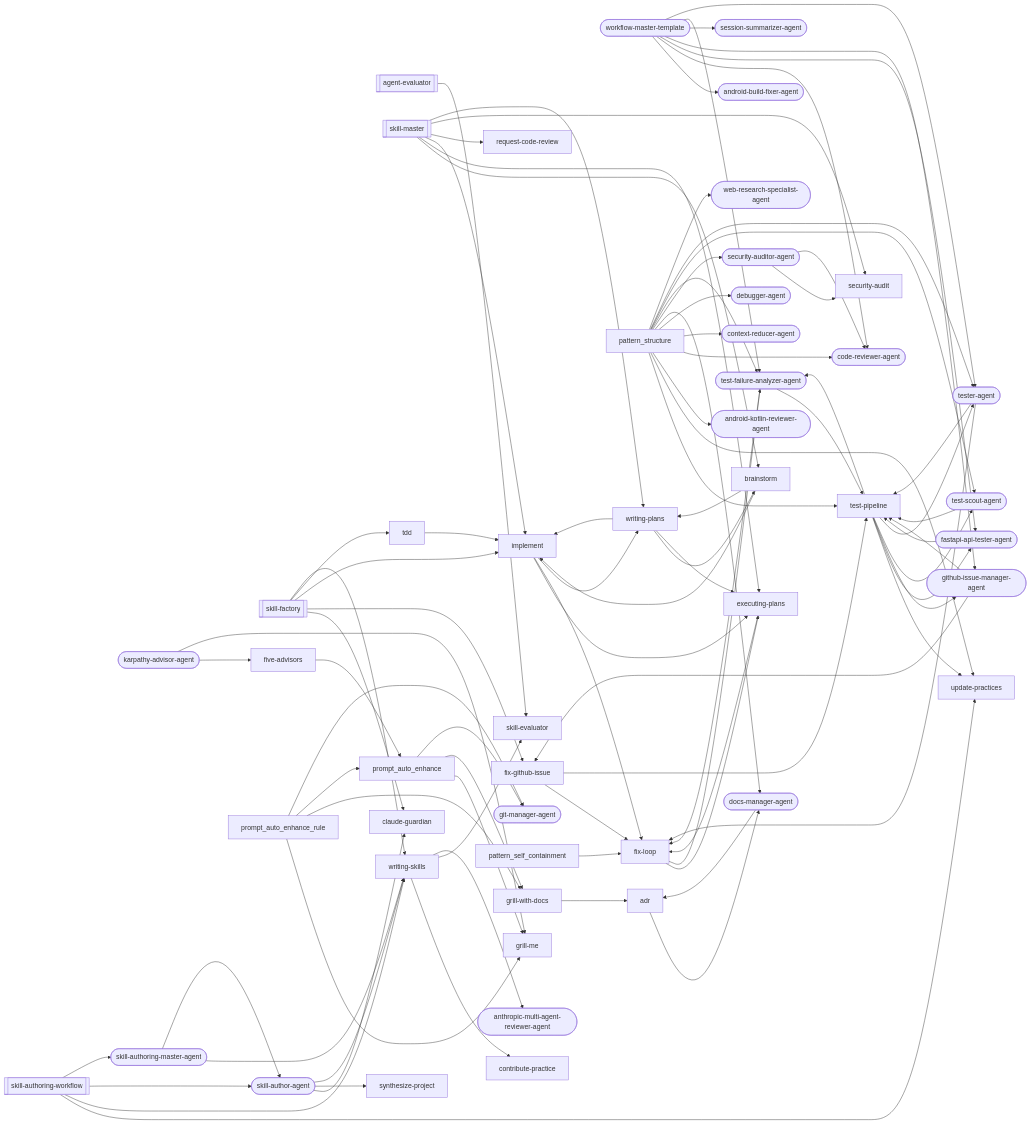
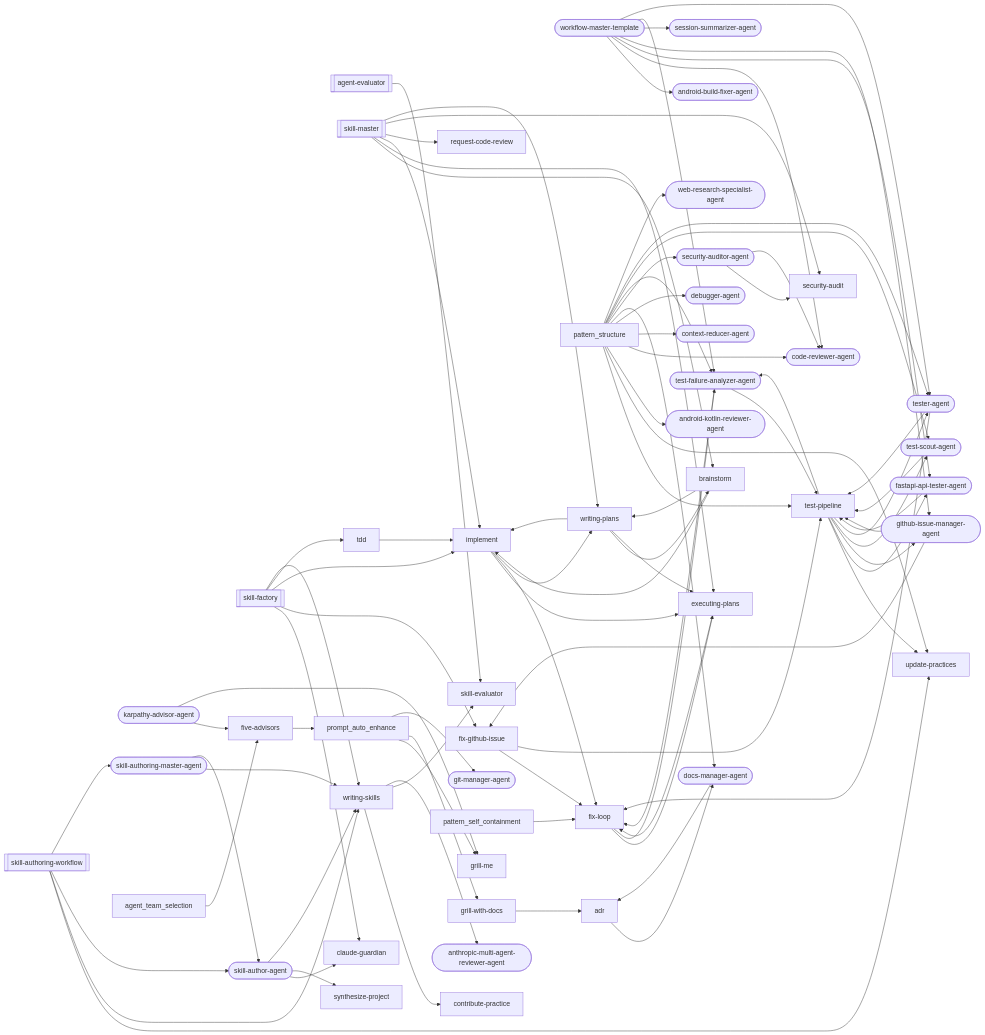
One commit to abhayla/claude-best-practices changed the third of 29 diagrams in docs/workflows/skill-authoring.md. Above: the diagram before and after it, drawn with Mermaid. The commit also changed other lines of this file and 32 other files, not shown here.

````diff
--- a/docs/workflows/skill-authoring.md
+++ b/docs/workflows/skill-authoring.md
@@ -849,6 +846,7 @@
     workflow_master_template --> session_summarizer_agent
     workflow_master_template --> test_failure_analyzer_agent
     workflow_master_template --> tester_agent
+    agent_team_selection --> five_advisors
     pattern_self_containment --> fix_loop
     pattern_structure --> test_pipeline
     pattern_structure --> update_practices
@@ -862,8 +860,4 @@
     pattern_structure --> test_scout_agent
     pattern_structure --> tester_agent
     pattern_structure --> web_research_specialist_agent
-    prompt_auto_enhance_rule --> grill_me
-    prompt_auto_enhance_rule --> grill_with_docs
-    prompt_auto_enhance_rule --> prompt_auto_enhance
-    prompt_auto_enhance_rule --> git_manager_agent
 ```
````
